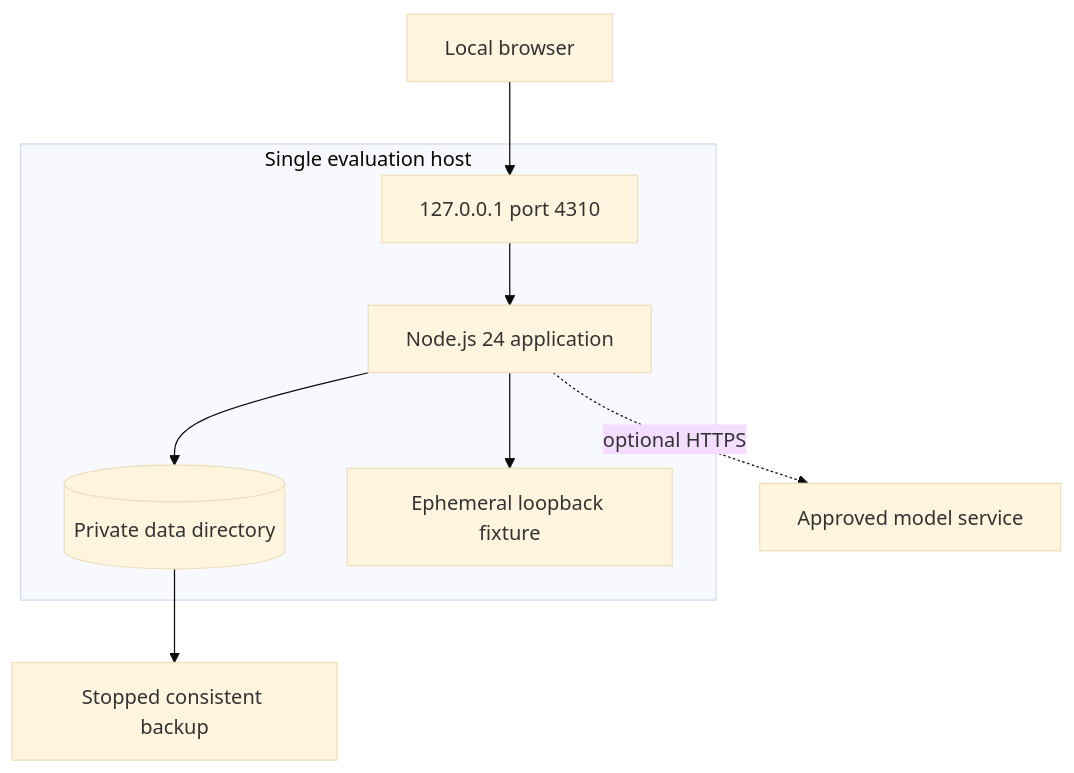
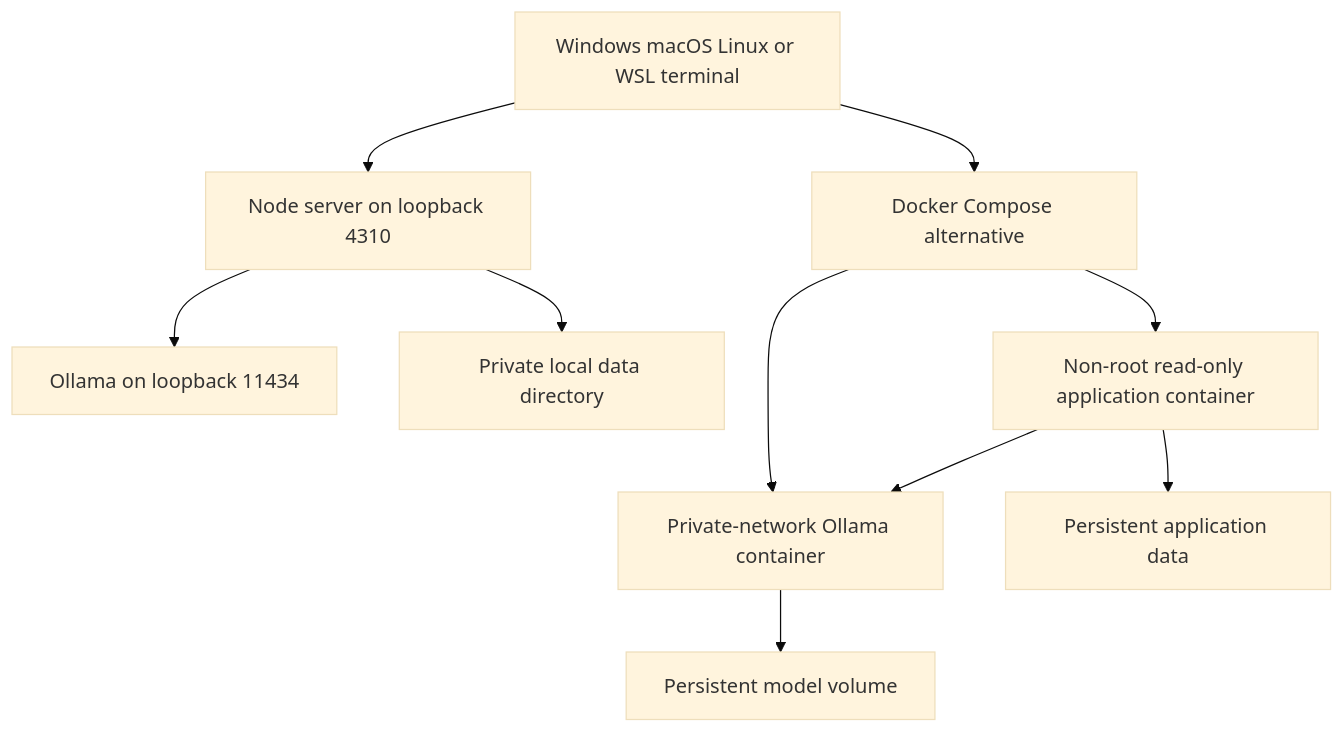
The fifth of 6 diagrams in README.md (anil7000/changeguard), drawn with Mermaid (base theme) before and after one commit. The commit also changed other lines of this file and 29 other files, not shown here.

````diff
--- a/README.md
+++ b/README.md
@@ -113,11 +129,12 @@
 ```mermaid
 flowchart TB
-  Browser[Local browser] --> Loopback[127.0.0.1 port 4310]
-  subgraph Host[Single evaluation host]
-    Loopback --> App[Node.js 24 application]
-    App --> Volume[(Private data directory)]
-    App --> Fixture[Ephemeral loopback fixture]
-  end
-  App -. optional HTTPS .-> Provider[Approved model service]
-  Volume --> Backup[Stopped consistent backup]
+  Dev[Windows macOS Linux or WSL terminal] --> Native[Node server on loopback 4310]
+  Native --> LocalModel[Ollama on loopback 11434]
+  Native --> LocalData[Private local data directory]
+  Dev --> Compose[Docker Compose alternative]
+  Compose --> App[Non-root read-only application container]
+  Compose --> Ollama[Private-network Ollama container]
+  App --> Ollama
+  App --> Data[Persistent application data]
+  Ollama --> Weights[Persistent model volume]
 ```
````
